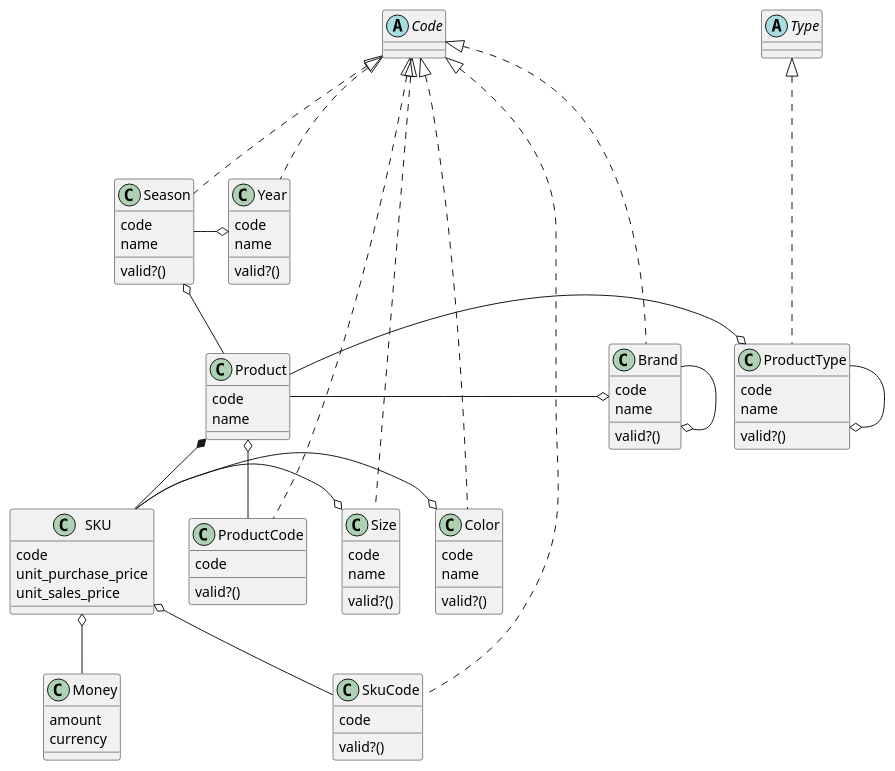
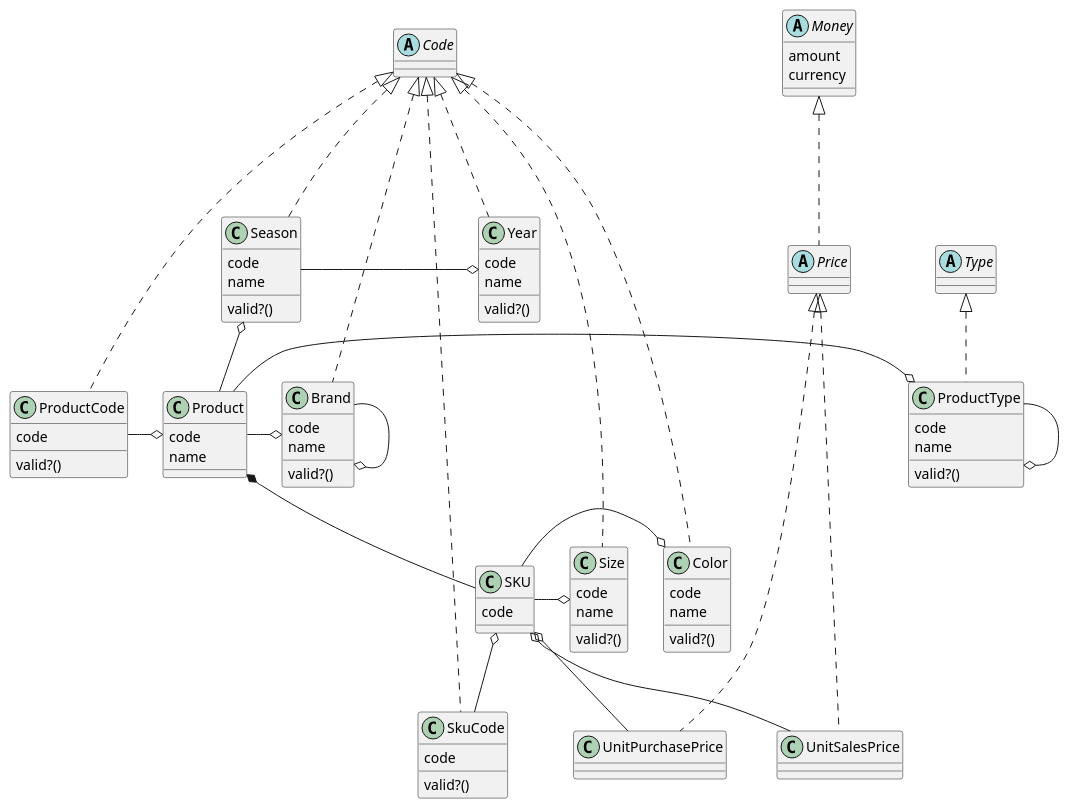
Before and after one commit to k2works/etude_for_rails: the second of 3 diagrams in docs/dev/sales_modeling/type3_product.md, drawn with PlantUML. The commit also changed other lines of this file and 11 other files, not shown here.

````diff
--- a/docs/dev/sales_modeling/type3_product.md
+++ b/docs/dev/sales_modeling/type3_product.md
@@ -84,8 +84,6 @@
 }
 class SKU {
   code
-  unit_purchase_price
-  unit_sales_price  
 }
 class Year {
   code
@@ -121,37 +119,47 @@
   code
   valid?()
 }
-class Money {
-  amount
-  currency
-}
 class SkuCode {
   code
   valid?()
+}
+class UnitPurchasePrice {
+}
+class UnitSalesPrice {
+}
+abstract Money {
+  amount
+  currency
 }
 abstract Code {  
 }
 abstract Type {  
 }
+abstract Price {  
+}
 
 Product *-- SKU
 Product -o Brand
 Brand -o Brand
-Product -ro ProductType
+Product -o ProductType
 ProductType -o ProductType
 Season o-- Product
 Season -o Year
 SKU -o Size
 SKU -ro Color
-Product o-- ProductCode
-SKU o-- Money
+Product o--l ProductCode
+SKU o-- UnitPurchasePrice
+SKU o-- UnitSalesPrice
 SKU o-- SkuCode
 Code <|... Season
 Code <|... Year
-Type <|.... ProductType
+Type <|.. ProductType
 Code <|... Brand
 Code <|... ProductCode
-Code <|... Color
+Code <|.... Color
 Code <|... Size
 Code <|... SkuCode
+Money <|... Price
+Price <|.... UnitPurchasePrice
+Price <|.... UnitSalesPrice
 ```
````
